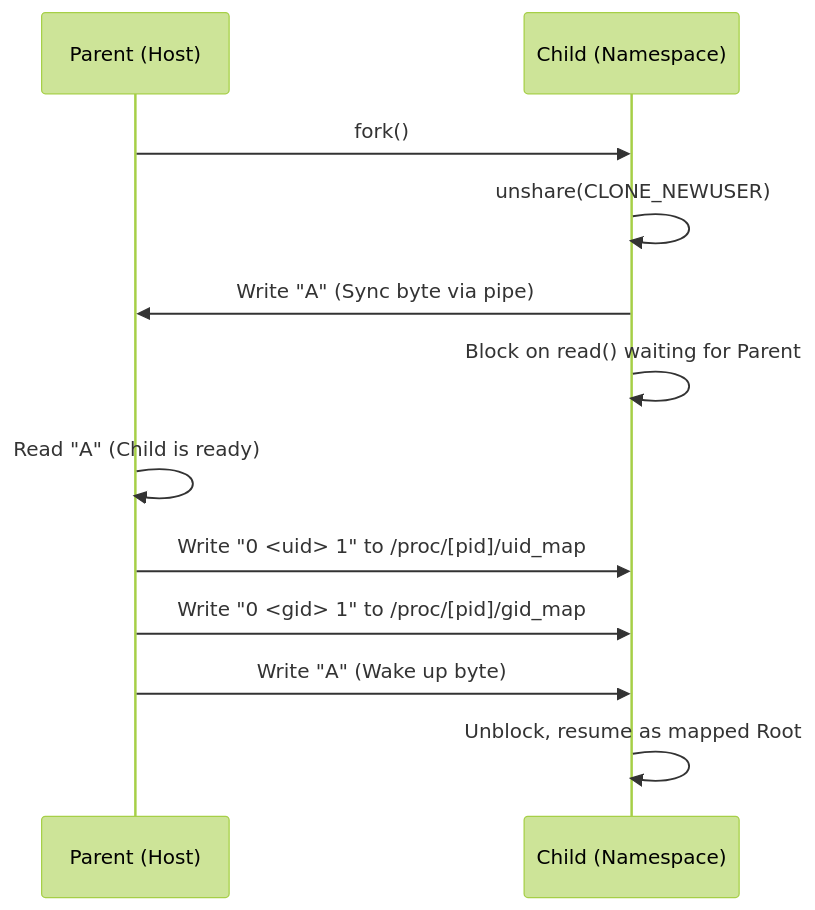
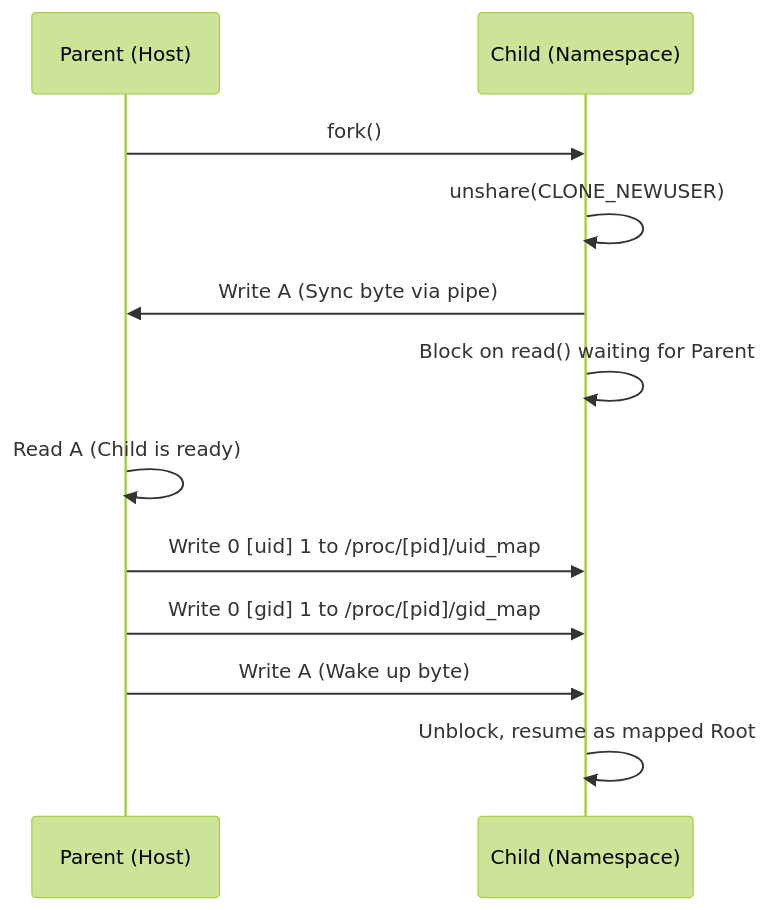
One commit to samwasted/portfolio changed the second of 3 diagrams in src/data/editorials/jailsh/main.md. Above: the diagram before and after it, drawn with Mermaid (forest theme).

Commit message:
editorial fix

````diff
--- a/src/data/editorials/jailsh/main.md
+++ b/src/data/editorials/jailsh/main.md
@@ -343,15 +343,15 @@
 ```mermaid
 sequenceDiagram
     participant Parent as Parent (Host)
     participant Child as Child (Namespace)
     
     Parent->>Child: fork()
     Child->>Child: unshare(CLONE_NEWUSER)
-    Child->>Parent: Write "A" (Sync byte via pipe)
+    Child->>Parent: Write A (Sync byte via pipe)
     Child->>Child: Block on read() waiting for Parent
-    Parent->>Parent: Read "A" (Child is ready)
-    Parent->>Child: Write "0 <uid> 1" to /proc/[pid]/uid_map
-    Parent->>Child: Write "0 <gid> 1" to /proc/[pid]/gid_map
-    Parent->>Child: Write "A" (Wake up byte)
+    Parent->>Parent: Read A (Child is ready)
+    Parent->>Child: Write 0 [uid] 1 to /proc/[pid]/uid_map
+    Parent->>Child: Write 0 [gid] 1 to /proc/[pid]/gid_map
+    Parent->>Child: Write A (Wake up byte)
     Child->>Child: Unblock, resume as mapped Root
 ```
````
